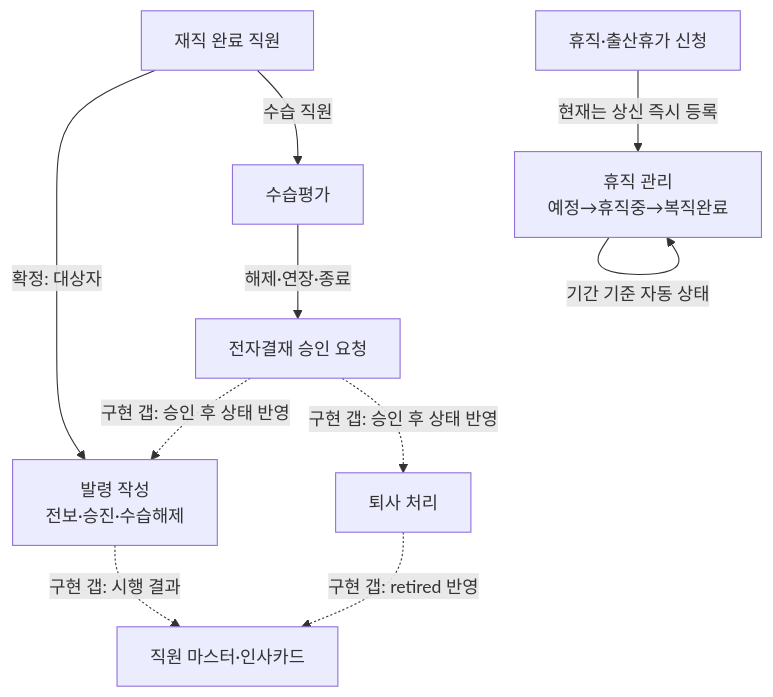
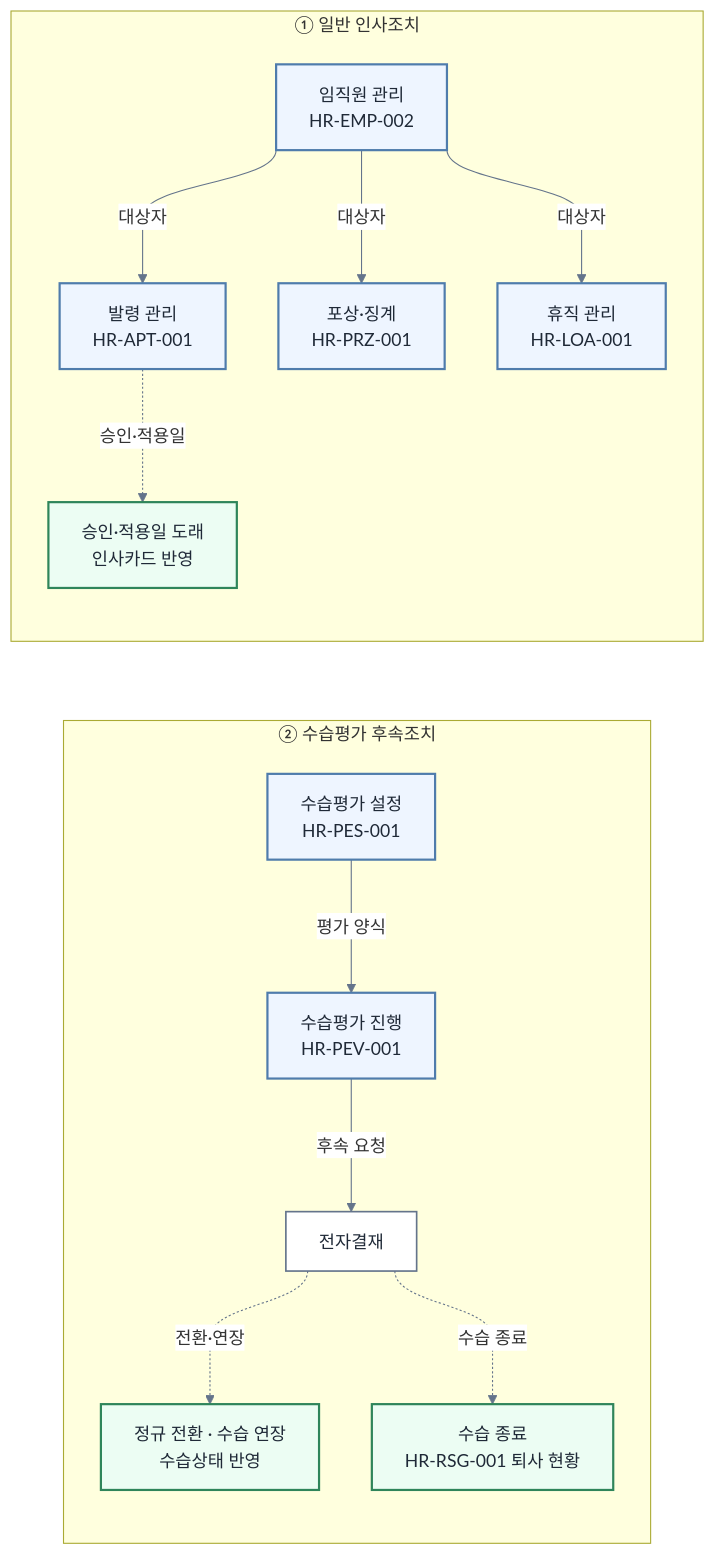
Before and after one commit to jeonghyegene/sw-erp: the third of 8 diagrams in docs/hr-attendance/01_PROCESS_MAP.md, drawn with Mermaid. The commit also changed other lines of this file and 18 other files, not shown here.

````diff
--- a/docs/hr-attendance/01_PROCESS_MAP.md
+++ b/docs/hr-attendance/01_PROCESS_MAP.md
@@ -140,21 +199,40 @@
 ```mermaid
+%%{init: {"flowchart": {"htmlLabels": true, "useMaxWidth": true, "curve": "bumpY", "nodeSpacing": 48, "rankSpacing": 72, "diagramPadding": 20}, "themeVariables": {"fontSize": "16px", "lineColor": "#64748b", "edgeLabelBackground": "#ffffff"}}}%%
 flowchart TB
-    ACTIVE["재직 완료 직원"]
-    APPOINT["발령 작성<br/>전보·승진·수습해제"]
-    PEV["수습평가"]
-    APR["전자결재 승인 요청"]
-    LOAAPP["휴직·출산휴가 신청"]
-    LOA["휴직 관리<br/>예정→휴직중→복직완료"]
-    RESIGN["퇴사 처리"]
-    MASTER["직원 마스터·인사카드"]
+  subgraph ACTION["① 일반 인사조치"]
+    direction TB
+    EMP["임직원 관리<br/>HR-EMP-002"]
+    APT["발령 관리<br/>HR-APT-001"]
+    PRZ["포상·징계<br/>HR-PRZ-001"]
+    LOA["휴직 관리<br/>HR-LOA-001"]
+    APPLIED["승인·적용일 도래<br/>인사카드 반영"]
 
-    ACTIVE -->|"확정: 대상자"| APPOINT
-    ACTIVE -->|"수습 직원"| PEV
-    PEV -->|"해제·연장·종료"| APR
-    APR -.->|"구현 갭: 승인 후 상태 반영"| APPOINT
-    APR -.->|"구현 갭: 승인 후 상태 반영"| RESIGN
-    LOAAPP -->|"현재는 상신 즉시 등록"| LOA
-    LOA -->|"기간 기준 자동 상태"| LOA
-    APPOINT -.->|"구현 갭: 시행 결과"| MASTER
-    RESIGN -.->|"구현 갭: retired 반영"| MASTER
+    EMP -->|"대상자"| APT
+    EMP -->|"대상자"| PRZ
+    EMP -->|"대상자"| LOA
+    APT -.->|"승인·적용일"| APPLIED
+  end
+
+  subgraph PROBATION["② 수습평가 후속조치"]
+    direction TB
+    PES["수습평가 설정<br/>HR-PES-001"]
+    PEV["수습평가 진행<br/>HR-PEV-001"]
+    APR["전자결재"]
+    KEEP["정규 전환 · 수습 연장<br/>수습상태 반영"]
+    RSG["수습 종료<br/>HR-RSG-001 퇴사 현황"]
+
+    PES -->|"평가 양식"| PEV
+    PEV -->|"후속 요청"| APR
+    APR -.->|"전환·연장"| KEEP
+    APR -.->|"수습 종료"| RSG
+  end
+
+  ACTION ~~~ PROBATION
+
+  classDef master fill:#eef5ff,stroke:#4f7cac,stroke-width:2px,color:#1f2937;
+  classDef process fill:#ffffff,stroke:#64748b,stroke-width:1.5px,color:#1f2937;
+  classDef result fill:#ecfdf3,stroke:#2f855a,stroke-width:2px,color:#1f2937;
+  class EMP,APT,PRZ,LOA,PES,PEV master;
+  class APR process;
+  class APPLIED,KEEP,RSG result;
 ```
````
